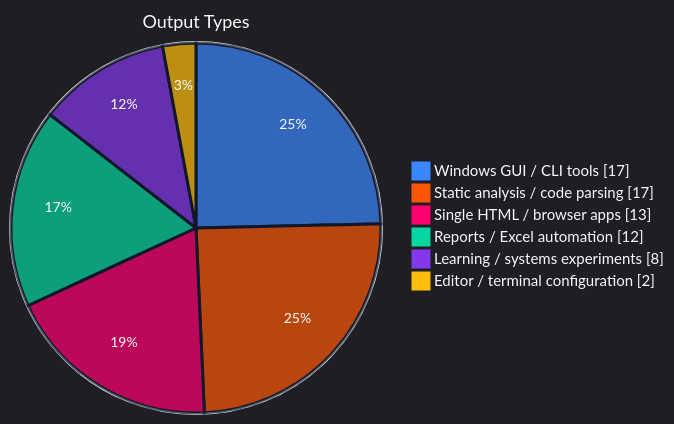
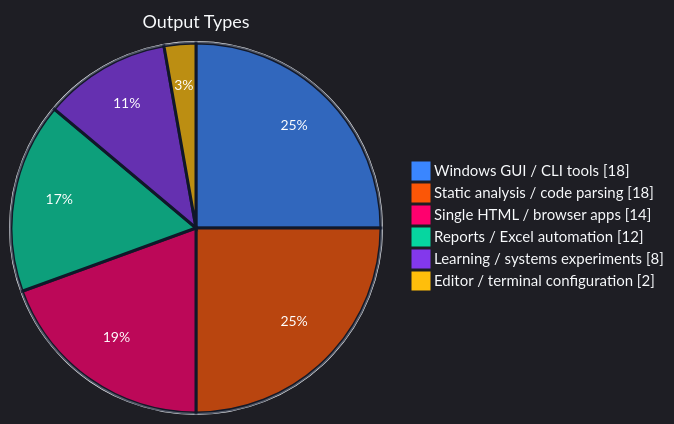
Before and after one commit to SSsan-00/SSsan-00: the second of 4 diagrams in README.md, drawn with Mermaid. The commit also changed other lines of this file and 2 other files, not shown here.

````diff
--- a/README.md
+++ b/README.md
@@ -56,11 +56,11 @@
 ```mermaid
 %%{init: {"theme":"dark","themeVariables":{"background":"#0f172a","mainBkg":"#0f172a","textColor":"#f8fafc","primaryTextColor":"#f8fafc","pieStrokeColor":"#0f172a","pieStrokeWidth":"3px","pieOuterStrokeColor":"#f8fafc","pieOuterStrokeWidth":"2px","pieTitleTextColor":"#f8fafc","pieTitleTextSize":"18px","pieLegendTextColor":"#f8fafc","pieLegendTextSize":"15px","pieSectionTextColor":"#ffffff","pieSectionTextSize":"14px","pie1":"#3a86ff","pie2":"#fb5607","pie3":"#ff006e","pie4":"#06d6a0","pie5":"#8338ec","pie6":"#ffbe0b"}}}%%
 pie showData
   title Output Types
-  "Windows GUI / CLI tools" : 17
-  "Static analysis / code parsing" : 17
-  "Single HTML / browser apps" : 13
+  "Windows GUI / CLI tools" : 18
+  "Static analysis / code parsing" : 18
+  "Single HTML / browser apps" : 14
   "Reports / Excel automation" : 12
   "Learning / systems experiments" : 8
   "Editor / terminal configuration" : 2
 ```
````
